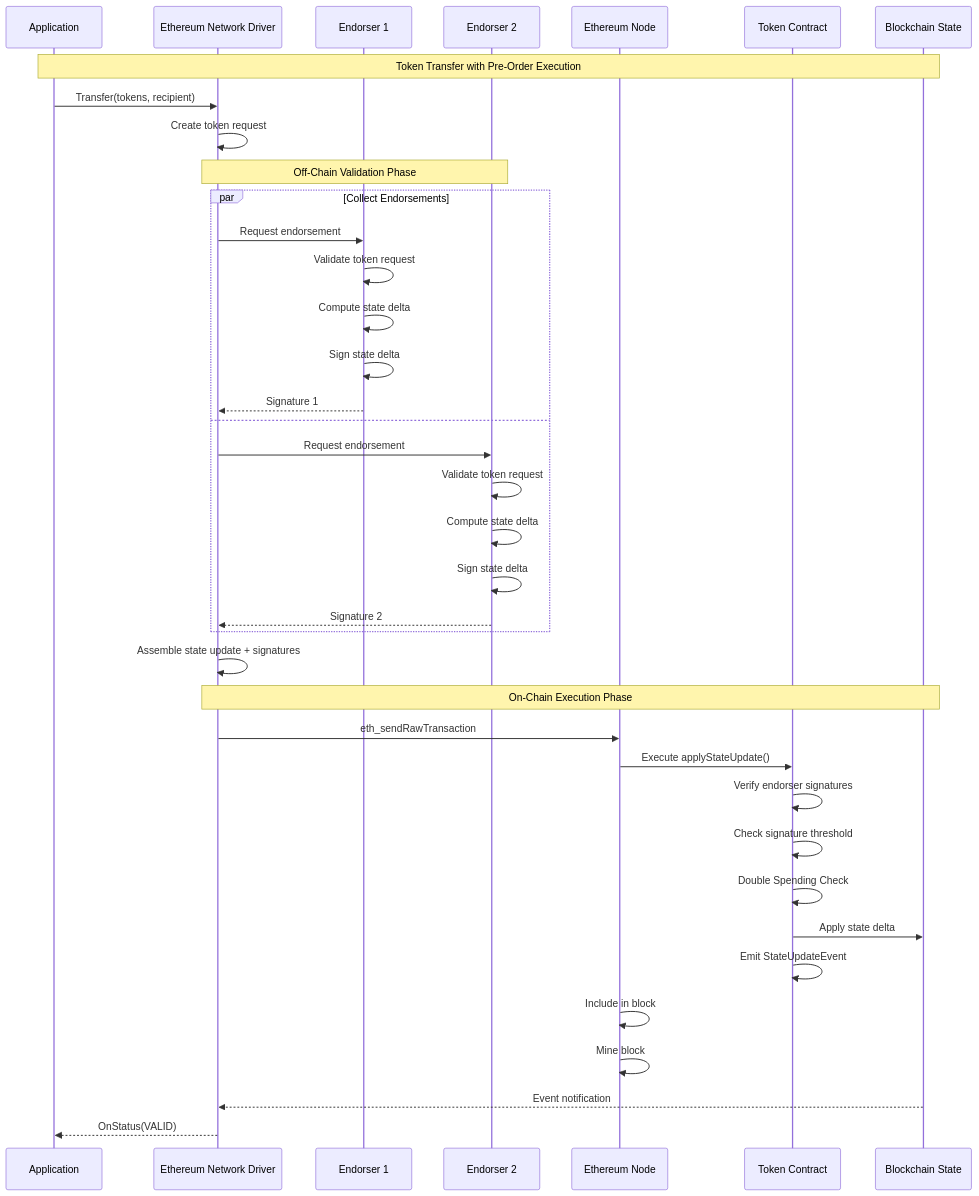
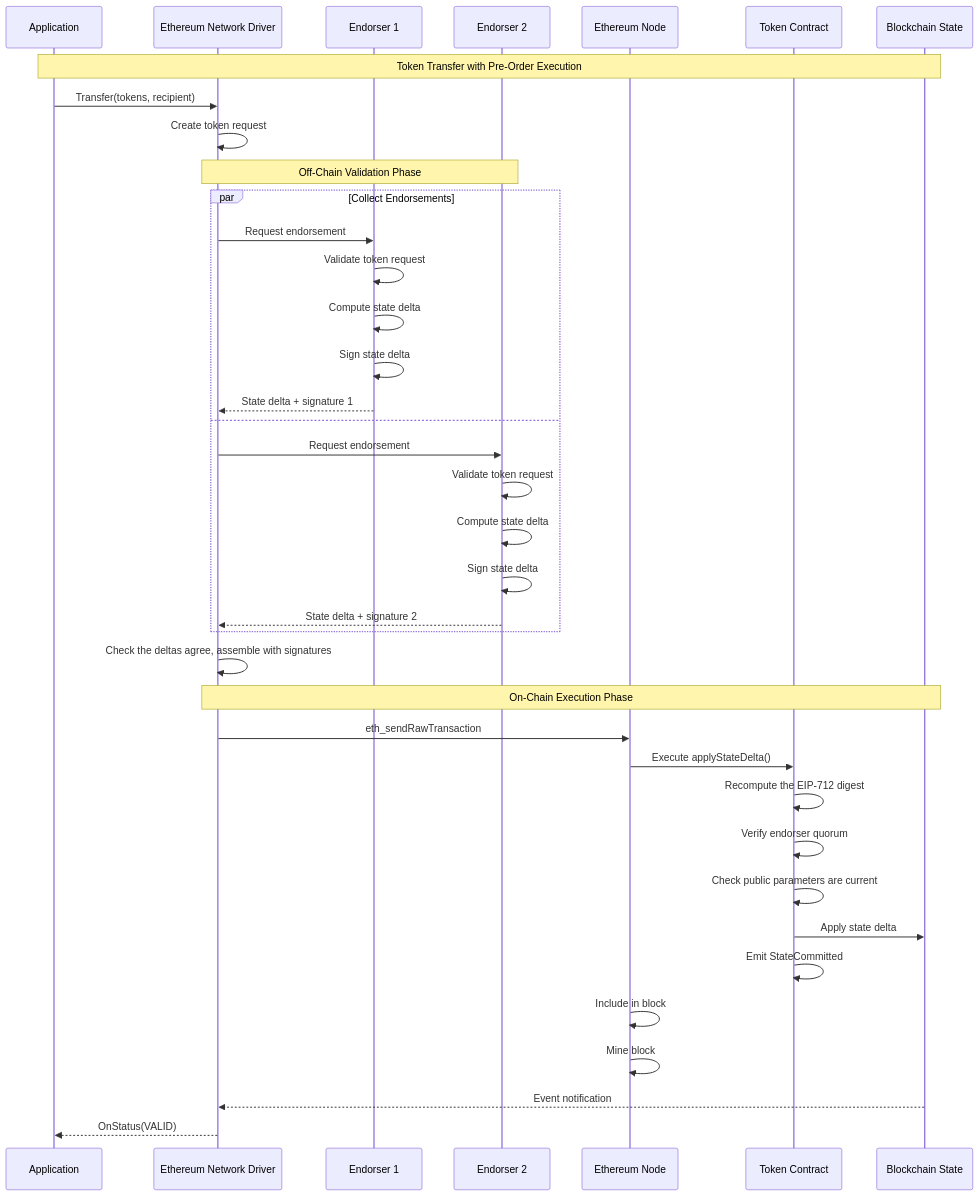
Before and after one commit to LFDT-Panurus/panurus: the fifth of 11 diagrams in docs/services/network-ethereum.md, drawn with Mermaid. The commit also changed other lines of this file and 184 other files, not shown here.

````diff
--- a/docs/services/network-ethereum.md
+++ b/docs/services/network-ethereum.md
@@ -292,47 +292,47 @@
 ```mermaid
 sequenceDiagram
     participant App as Application
     participant Driver as Ethereum Network Driver
     participant E1 as Endorser 1
     participant E2 as Endorser 2
     participant Node as Ethereum Node
     participant Contract as Token Contract
     participant State as Blockchain State
 
     Note over App,State: Token Transfer with Pre-Order Execution
     
     App->>Driver: Transfer(tokens, recipient)
     Driver->>Driver: Create token request
     
     Note over Driver,E2: Off-Chain Validation Phase
     par Collect Endorsements
         Driver->>E1: Request endorsement
         E1->>E1: Validate token request
         E1->>E1: Compute state delta
         E1->>E1: Sign state delta
-        E1-->>Driver: Signature 1
+        E1-->>Driver: State delta + signature 1
     and
         Driver->>E2: Request endorsement
         E2->>E2: Validate token request
         E2->>E2: Compute state delta
         E2->>E2: Sign state delta
-        E2-->>Driver: Signature 2
+        E2-->>Driver: State delta + signature 2
     end
     
-    Driver->>Driver: Assemble state update + signatures
+    Driver->>Driver: Check the deltas agree, assemble with signatures
     
     Note over Driver,State: On-Chain Execution Phase
     Driver->>Node: eth_sendRawTransaction
-    Node->>Contract: Execute applyStateUpdate()
-    Contract->>Contract: Verify endorser signatures
-    Contract->>Contract: Check signature threshold
-    Contract->>Contract: Double Spending Check
+    Node->>Contract: Execute applyStateDelta()
+    Contract->>Contract: Recompute the EIP-712 digest
+    Contract->>Contract: Verify endorser quorum
+    Contract->>Contract: Check public parameters are current
     Contract->>State: Apply state delta
-    Contract->>Contract: Emit StateUpdateEvent
+    Contract->>Contract: Emit StateCommitted
     
     Node->>Node: Include in block
     Node->>Node: Mine block
     
     State-->>Driver: Event notification
     Driver-->>App: OnStatus(VALID)
 ```
````
